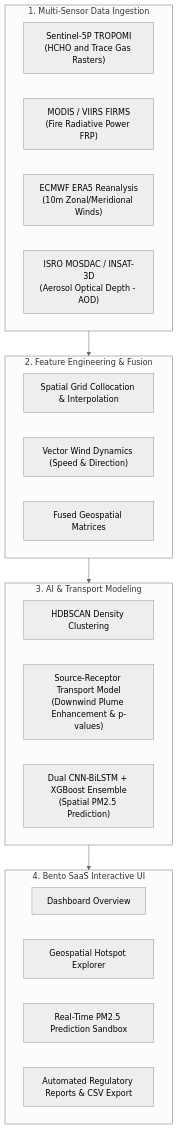
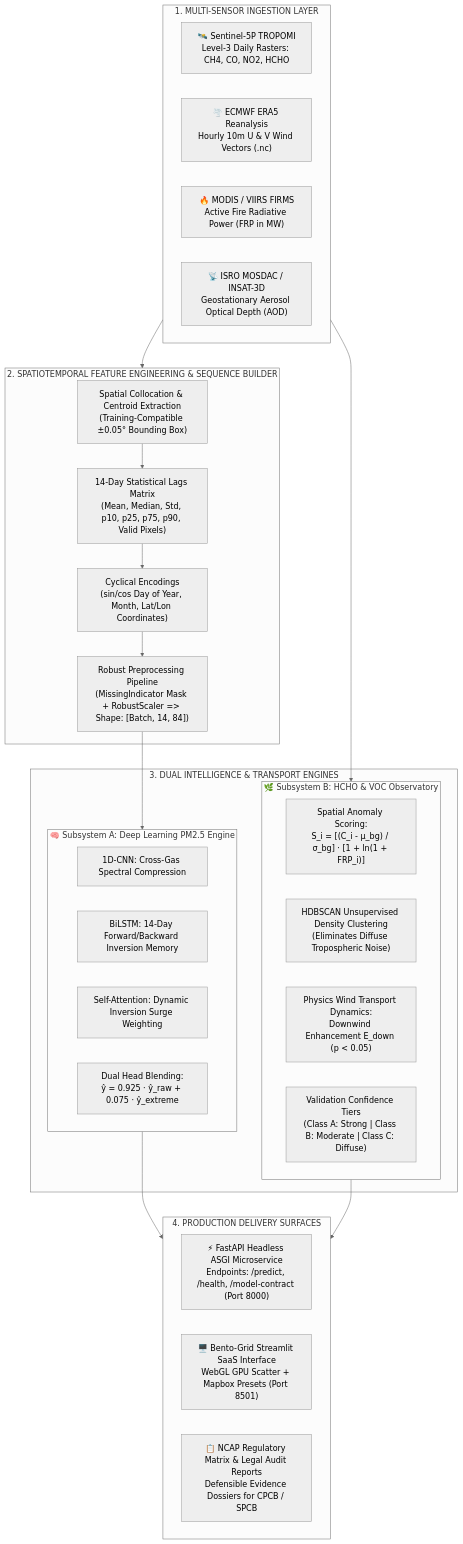
The diagram in README.md (simply-shanta-4/AQI-AND-HCHO-DASHBOARD), drawn with Mermaid (neutral theme) before and after one commit. The commit also changed other lines of this file, not shown here.

Commit message:
docs: polish README with architecture, benchmarks, and mathematical formulations

````diff
--- a/README.md
+++ b/README.md
@@ -43,32 +71,45 @@
 ```mermaid
 flowchart TD
-    subgraph Ingestion["1. Multi-Sensor Data Ingestion"]
-        S5P["Sentinel-5P TROPOMI<br/>(HCHO and Trace Gas Rasters)"]
-        FIRMS["MODIS / VIIRS FIRMS<br/>(Fire Radiative Power FRP)"]
-        ERA5["ECMWF ERA5 Reanalysis<br/>(10m Zonal/Meridional Winds)"]
-        MOSDAC["ISRO MOSDAC / INSAT-3D<br/>(Aerosol Optical Depth - AOD)"]
+    subgraph SENSORS["1. MULTI-SENSOR INGESTION LAYER"]
+        S5P["🛰️ Sentinel-5P TROPOMI<br/>Level-3 Daily Rasters: CH4, CO, NO2, HCHO"]
+        ERA5["🌪️ ECMWF ERA5 Reanalysis<br/>Hourly 10m U & V Wind Vectors (.nc)"]
+        FIRMS["🔥 MODIS / VIIRS FIRMS<br/>Active Fire Radiative Power (FRP in MW)"]
+        MOSDAC["📡 ISRO MOSDAC / INSAT-3D<br/>Geostationary Aerosol Optical Depth (AOD)"]
     end
 
-    subgraph Processing["2. Feature Engineering & Fusion"]
-        GRID["Spatial Grid Collocation & Interpolation"]
-        WIND["Vector Wind Dynamics (Speed & Direction)"]
-        FUSION["Fused Geospatial Matrices"]
+    subgraph PREP["2. SPATIOTEMPORAL FEATURE ENGINEERING & SEQUENCE BUILDER"]
+        GEO["Spatial Collocation & Centroid Extraction<br/>(Training-Compatible ±0.05° Bounding Box)"]
+        LAGS["14-Day Statistical Lags Matrix<br/>(Mean, Median, Std, p10, p25, p75, p90, Valid Pixels)"]
+        ENCODE["Cyclical Encodings<br/>(sin/cos Day of Year, Month, Lat/Lon Coordinates)"]
+        NORM["Robust Preprocessing Pipeline<br/>(MissingIndicator Mask + RobustScaler => Shape: [Batch, 14, 84])"]
     end
 
-    subgraph Intelligence["3. AI & Transport Modeling"]
-        HDBSCAN["HDBSCAN Density Clustering"]
-        SR_MODEL["Source-Receptor Transport Model<br/>(Downwind Plume Enhancement & p-values)"]
-        DL_MODEL["Dual CNN-BiLSTM + XGBoost Ensemble<br/>(Spatial PM2.5 Prediction)"]
+    subgraph ENGINES["3. DUAL INTELLIGENCE & TRANSPORT ENGINES"]
+        subgraph SUB_A["🧠 Subsystem A: Deep Learning PM2.5 Engine"]
+            CNN["1D-CNN: Cross-Gas Spectral Compression"]
+            LSTM["BiLSTM: 14-Day Forward/Backward Inversion Memory"]
+            ATTN["Self-Attention: Dynamic Inversion Surge Weighting"]
+            BLEND["Dual Head Blending:<br/>ŷ = 0.925 · ŷ_raw + 0.075 · ŷ_extreme"]
+        end
+
+        subgraph SUB_B["🌿 Subsystem B: HCHO & VOC Observatory"]
+            ANOM["Spatial Anomaly Scoring:<br/>S_i = [(C_i - μ_bg) / σ_bg] · [1 + ln(1 + FRP_i)]"]
+            HDB["HDBSCAN Unsupervised Density Clustering<br/>(Eliminates Diffuse Tropospheric Noise)"]
+            PHYS["Physics Wind Transport Dynamics:<br/>Downwind Enhancement E_down (p < 0.05)"]
+            TIER["Validation Confidence Tiers<br/>(Class A: Strong | Class B: Moderate | Class C: Diffuse)"]
+        end
     end
 
-    subgraph Presentation["4. Bento SaaS Interactive UI"]
-        DASH["Dashboard Overview"]
-        MAP["Geospatial Hotspot Explorer"]
-        PRED["Real-Time PM2.5 Prediction Sandbox"]
-        REP["Automated Regulatory Reports & CSV Export"]
+    subgraph DEPLOY["4. PRODUCTION DELIVERY SURFACES"]
+        API["⚡ FastAPI Headless ASGI Microservice<br/>Endpoints: /predict, /health, /model-contract (Port 8000)"]
+        UI["🖥️ Bento-Grid Streamlit SaaS Interface<br/>WebGL GPU Scatter + Mapbox Presets (Port 8501)"]
+        NCAP["📋 NCAP Regulatory Matrix & Legal Audit Reports<br/>Defensible Evidence Dossiers for CPCB / SPCB"]
     end
 
-    Ingestion --> Processing
-    Processing --> Intelligence
-    Intelligence --> Presentation
+    SENSORS --> PREP
+    GEO --> LAGS --> ENCODE --> NORM
+    NORM --> SUB_A
+    SENSORS --> SUB_B
+    SUB_A --> DEPLOY
+    SUB_B --> DEPLOY
 ```
````
